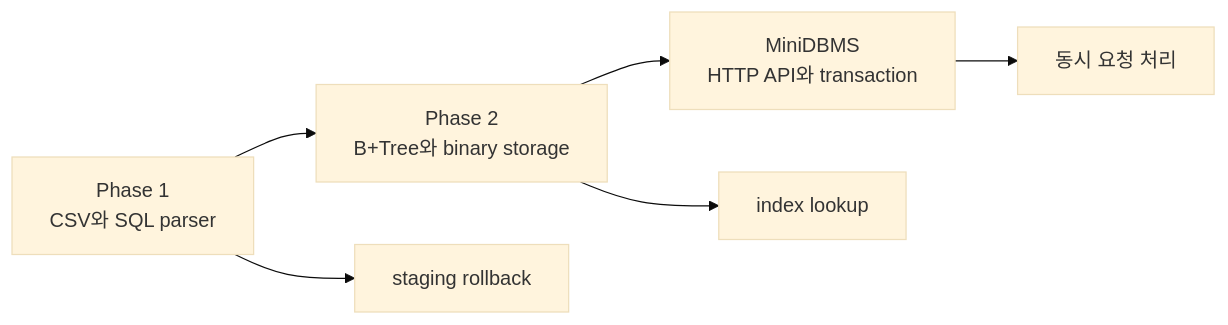
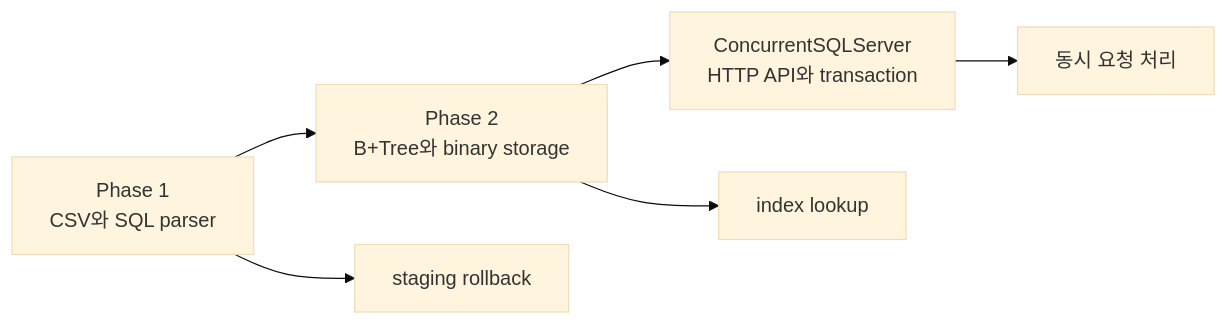
The first of 2 diagrams in README.md (NearthYou/SQL3_WednsdayCodingClub), drawn with Mermaid (base theme) before and after one commit. The commit also changed other lines of this file, not shown here.

Commit message:
docs: concurrent SQL server 이름과 연결 정리

````diff
--- a/README.md
+++ b/README.md
@@ -11,8 +11,8 @@
 ```mermaid
 flowchart LR
     P1[Phase 1\nCSV와 SQL parser] --> P2[Phase 2\nB+Tree와 binary storage]
-    P2 --> P3[MiniDBMS\nHTTP API와 transaction]
+    P2 --> P3[ConcurrentSQLServer\nHTTP API와 transaction]
     P1 --> ROLLBACK[staging rollback]
     P2 --> INDEX[index lookup]
     P3 --> CONCURRENCY[동시 요청 처리]
 ```
````
